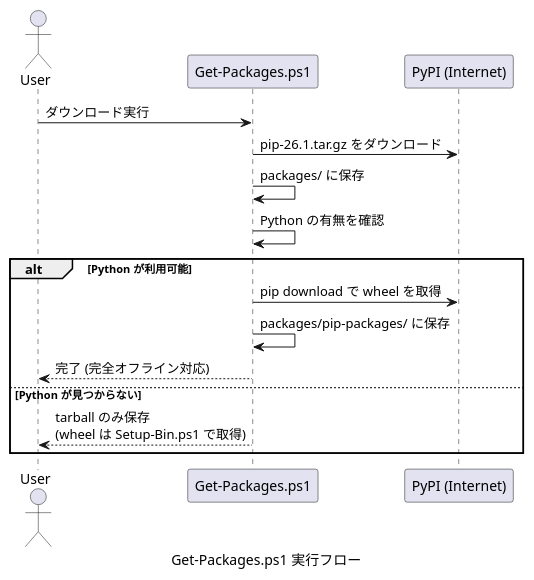
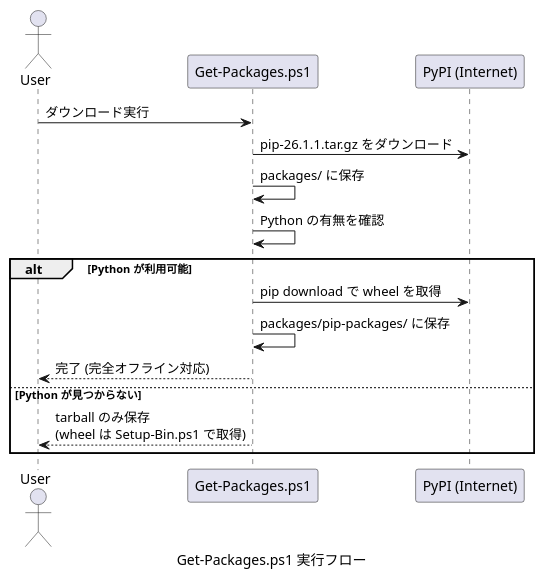
The second of 4 diagrams in docs-src/offline-pip-design.md (Hondarer/devbin-win), drawn with PlantUML before and after one commit. The commit also changed other lines of this file and 3 other files, not shown here.

````diff
--- a/docs-src/offline-pip-design.md
+++ b/docs-src/offline-pip-design.md
@@ -97,21 +97,21 @@
 ```plantuml
 @startuml Get-Packages.ps1 実行フロー
 caption Get-Packages.ps1 実行フロー
 actor User
 participant "Get-Packages.ps1" as GetPkg
 participant "PyPI (Internet)" as PyPI
 
 User -> GetPkg: ダウンロード実行
-GetPkg -> PyPI: pip-26.1.tar.gz をダウンロード
+GetPkg -> PyPI: pip-26.1.1.tar.gz をダウンロード
 GetPkg -> GetPkg: packages/ に保存
 GetPkg -> GetPkg: Python の有無を確認
 
 alt Python が利用可能
     GetPkg -> PyPI: pip download で wheel を取得
     GetPkg -> GetPkg: packages/pip-packages/ に保存
     GetPkg --> User: 完了 (完全オフライン対応)
 else Python が見つからない
     GetPkg --> User: tarball のみ保存\n(wheel は Setup-Bin.ps1 で取得)
 end
 @enduml
 ```
````
